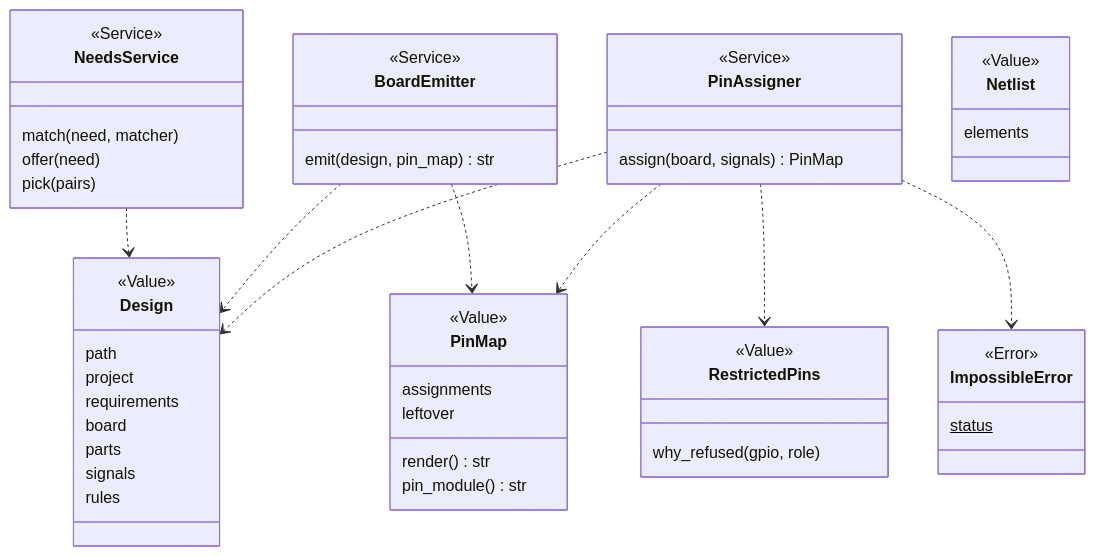
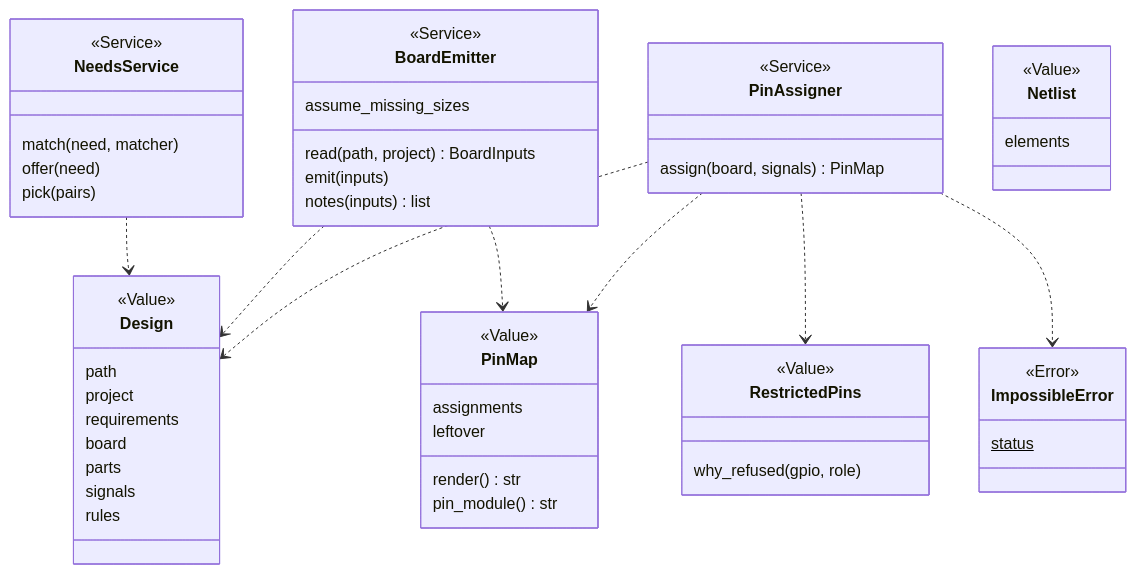
Before and after one commit to xmejkal/spark: the first of 2 diagrams in docs/discovery/2026-10-19-p323-target-architecture/architecture/areas/design.md, drawn with Mermaid. The commit also changed other lines of this file and 37 other files, not shown here.

````diff
--- a/docs/discovery/2026-10-19-p323-target-architecture/architecture/areas/design.md
+++ b/docs/discovery/2026-10-19-p323-target-architecture/architecture/areas/design.md
@@ -73,53 +73,56 @@
 ```mermaid
 classDiagram
   class Design {
     <<Value>>
     path
     project
     requirements
     board
     parts
     signals
     rules
   }
   class RestrictedPins {
     <<Value>>
     why_refused(gpio, role)
   }
   class PinAssigner {
     <<Service>>
     assign(board, signals) PinMap
   }
   class PinMap {
     <<Value>>
     assignments
     leftover
     render() str
     pin_module() str
   }
   class BoardEmitter {
     <<Service>>
-    emit(design, pin_map) str
+    assume_missing_sizes
+    read(path, project) BoardInputs
+    emit(inputs)
+    notes(inputs) list
   }
   class NeedsService {
     <<Service>>
     match(need, matcher)
     offer(need)
     pick(pairs)
   }
   class Netlist {
     <<Value>>
     elements
   }
   class ImpossibleError {
     <<Error>>
     status$
   }
   PinAssigner ..> Design
   PinAssigner ..> RestrictedPins
   PinAssigner ..> PinMap
   PinAssigner ..> ImpossibleError
   BoardEmitter ..> Design
   BoardEmitter ..> PinMap
   NeedsService ..> Design
 ```
````
